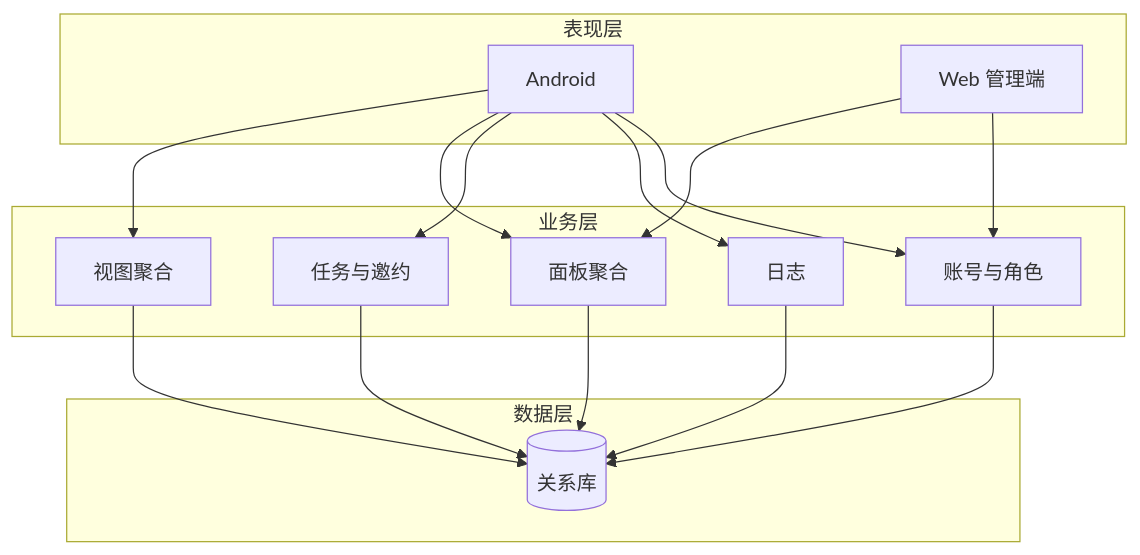
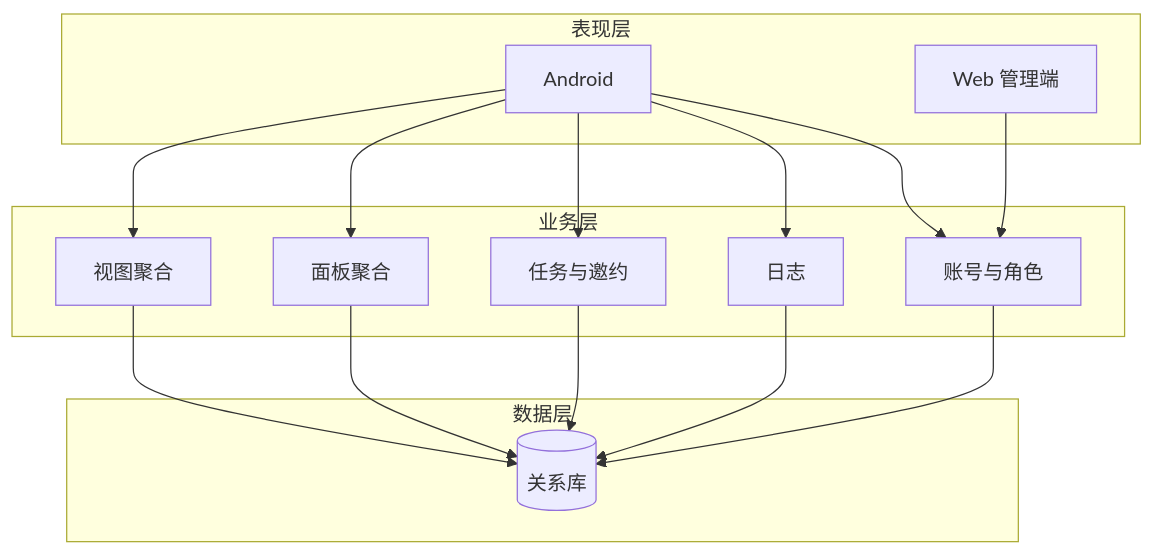
The first of 2 diagrams in docs/产品需求与设计-初版.md (zayinO-00-01/project-pandora), drawn with Mermaid before and after one commit. The commit also changed other lines of this file and 43 other files, not shown here.

````diff
--- a/docs/产品需求与设计-初版.md
+++ b/docs/产品需求与设计-初版.md
@@ -107,29 +108,28 @@
 ```mermaid
 flowchart TB
   subgraph presentation [表现层]
     Android[Android]
     Web[Web 管理端]
   end
   subgraph business [业务层]
     Auth[账号与角色]
     Log[日志]
     Task[任务与邀约]
     Panel[面板聚合]
     View[视图聚合]
   end
   subgraph data [数据层]
     DB[(关系库)]
   end
   Android --> Auth
   Android --> Log
   Android --> Task
   Android --> Panel
   Android --> View
   Web --> Auth
-  Web --> Panel
   Auth --> DB
   Log --> DB
   Task --> DB
   Panel --> DB
   View --> DB
 ```
````
